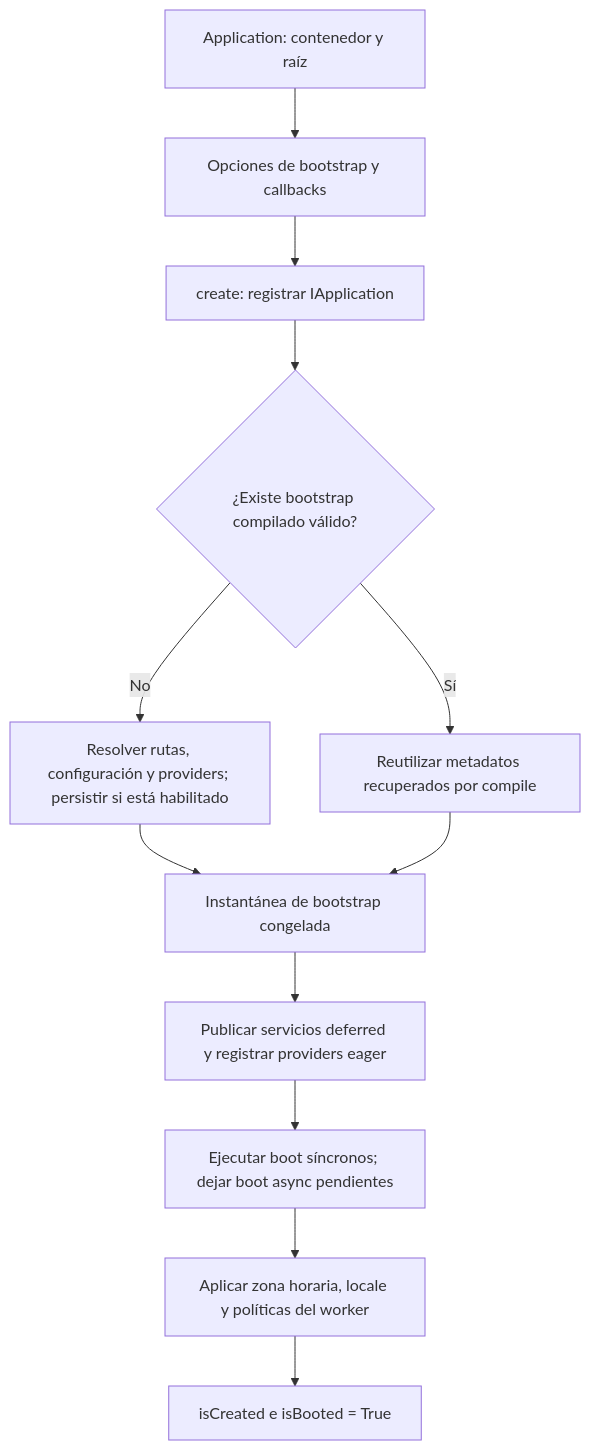
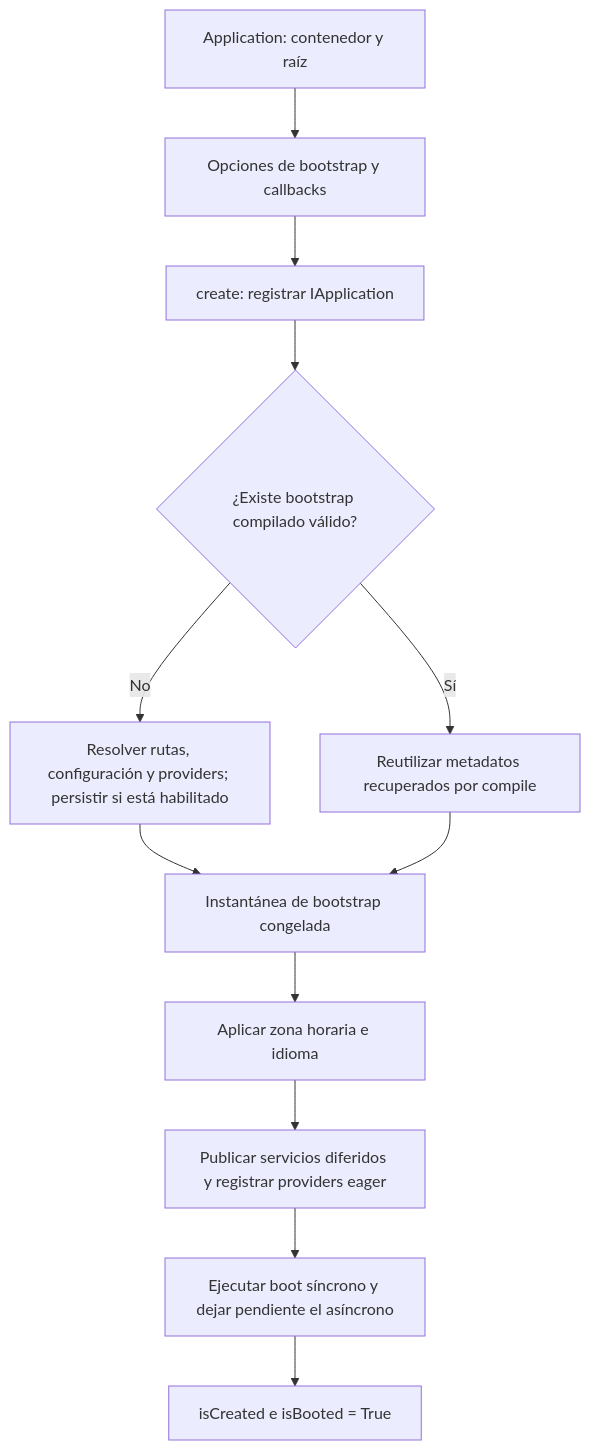
One commit to orionis-framework/docs changed the first of 3 diagrams in src/content/docs/es/application/lifecycle.md. Above: the diagram before and after it, drawn with Mermaid. The commit also changed 163 other files, not shown here.

````diff
--- a/src/content/docs/es/application/lifecycle.md
+++ b/src/content/docs/es/application/lifecycle.md
@@ -20,14 +20,14 @@
 ```mermaid
 flowchart TD
     A["Application: contenedor y raíz"] --> B["Opciones de bootstrap y callbacks"]
     B --> C["create: registrar IApplication"]
     C --> D{"¿Existe bootstrap compilado válido?"}
     D -- "No" --> E["Resolver rutas, configuración y providers; persistir si está habilitado"]
     D -- "Sí" --> F["Reutilizar metadatos recuperados por compile"]
     E --> G["Instantánea de bootstrap congelada"]
     F --> G
-    G --> H["Publicar servicios deferred y registrar providers eager"]
-    H --> I["Ejecutar boot síncronos; dejar boot async pendientes"]
-    I --> J["Aplicar zona horaria, locale y políticas del worker"]
+    G --> H["Aplicar zona horaria e idioma"]
+    H --> I["Publicar servicios diferidos y registrar providers eager"]
+    I --> J["Ejecutar boot síncrono y dejar pendiente el asíncrono"]
     J --> K["isCreated e isBooted = True"]
 ```
````
